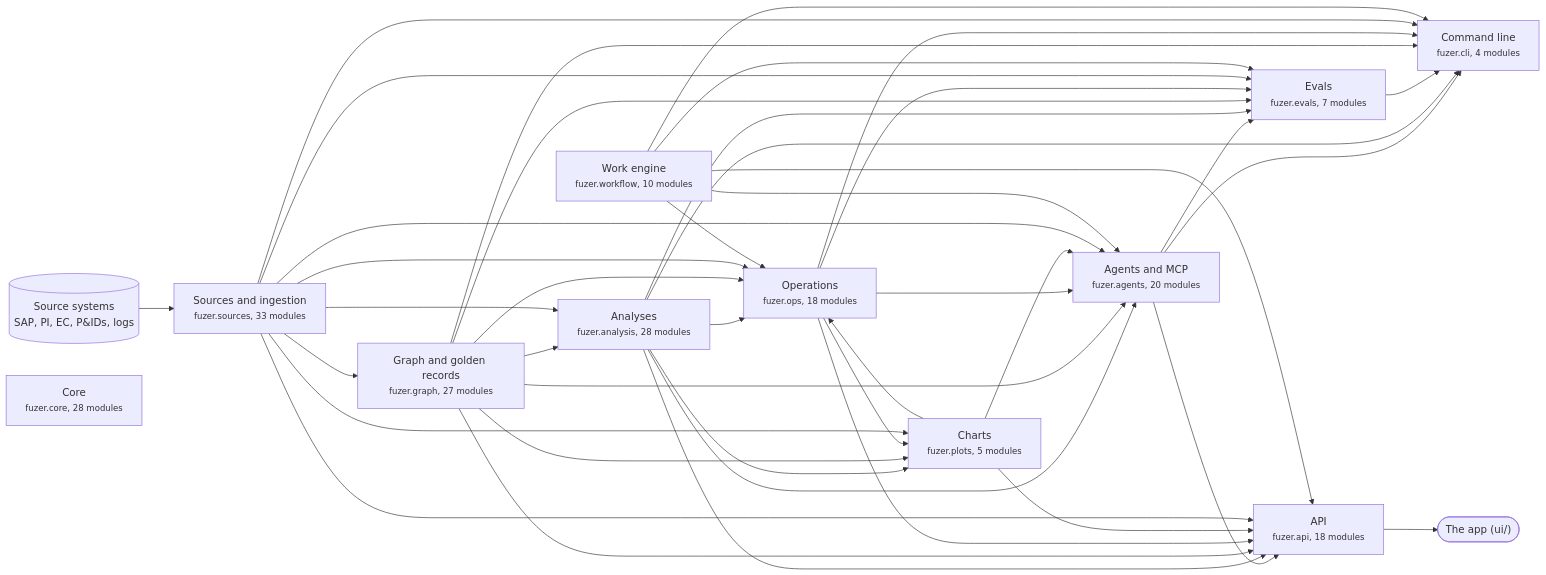
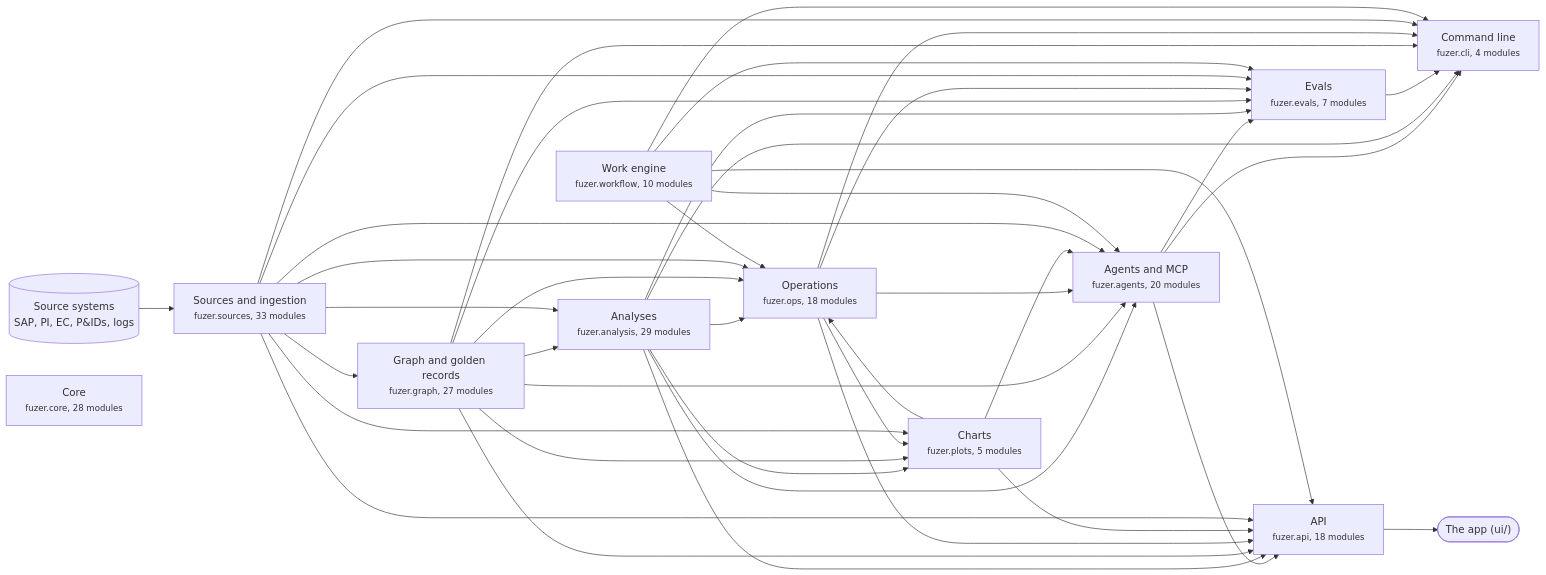
Before and after one commit to areed145/fuzer: the first of 3 diagrams in docs/architecture.md, drawn with Mermaid. The commit also changed other lines of this file and 13 other files, not shown here.

````diff
--- a/docs/architecture.md
+++ b/docs/architecture.md
@@ -8,66 +8,66 @@
 ```mermaid
 flowchart LR
   systems[("Source systems<br>SAP, PI, EC, P&IDs, logs")] --> c_sources
   app(["The app (ui/)"])
   c_api --> app
   c_sources["Sources and ingestion<br><small>fuzer.sources, 33 modules</small>"]
   c_graph["Graph and golden records<br><small>fuzer.graph, 27 modules</small>"]
-  c_analysis["Analyses<br><small>fuzer.analysis, 28 modules</small>"]
+  c_analysis["Analyses<br><small>fuzer.analysis, 29 modules</small>"]
   c_ops["Operations<br><small>fuzer.ops, 18 modules</small>"]
   c_plots["Charts<br><small>fuzer.plots, 5 modules</small>"]
   c_workflow["Work engine<br><small>fuzer.workflow, 10 modules</small>"]
   c_agents["Agents and MCP<br><small>fuzer.agents, 20 modules</small>"]
   c_evals["Evals<br><small>fuzer.evals, 7 modules</small>"]
   c_api["API<br><small>fuzer.api, 18 modules</small>"]
   c_cli["Command line<br><small>fuzer.cli, 4 modules</small>"]
   c_core["Core<br><small>fuzer.core, 28 modules</small>"]
   c_sources --> c_graph
   c_graph --> c_analysis
   c_sources --> c_analysis
   c_analysis --> c_ops
   c_graph --> c_ops
   c_plots --> c_ops
   c_sources --> c_ops
   c_workflow --> c_ops
   c_analysis --> c_plots
   c_graph --> c_plots
   c_ops --> c_plots
   c_sources --> c_plots
   c_analysis --> c_agents
   c_graph --> c_agents
   c_ops --> c_agents
   c_plots --> c_agents
   c_sources --> c_agents
   c_workflow --> c_agents
   c_agents --> c_evals
   c_analysis --> c_evals
   c_graph --> c_evals
   c_ops --> c_evals
   c_sources --> c_evals
   c_workflow --> c_evals
   c_agents --> c_api
   c_analysis --> c_api
   c_graph --> c_api
   c_ops --> c_api
   c_plots --> c_api
   c_sources --> c_api
   c_workflow --> c_api
   c_agents --> c_cli
   c_analysis --> c_cli
   c_evals --> c_cli
   c_graph --> c_cli
   c_ops --> c_cli
   c_sources --> c_cli
   c_workflow --> c_cli
   click c_sources "https://github.com/areed145/fuzer/tree/main/src/fuzer/sources"
   click c_graph "https://github.com/areed145/fuzer/tree/main/src/fuzer/graph"
   click c_analysis "https://github.com/areed145/fuzer/tree/main/src/fuzer/analysis"
   click c_ops "https://github.com/areed145/fuzer/tree/main/src/fuzer/ops"
   click c_plots "https://github.com/areed145/fuzer/tree/main/src/fuzer/plots"
   click c_workflow "https://github.com/areed145/fuzer/tree/main/src/fuzer/workflow"
   click c_agents "https://github.com/areed145/fuzer/tree/main/src/fuzer/agents"
   click c_evals "https://github.com/areed145/fuzer/tree/main/src/fuzer/evals"
   click c_api "https://github.com/areed145/fuzer/tree/main/src/fuzer/api"
   click c_cli "https://github.com/areed145/fuzer/tree/main/src/fuzer/cli"
   click c_core "https://github.com/areed145/fuzer/tree/main/src/fuzer/core"
 ```
````
